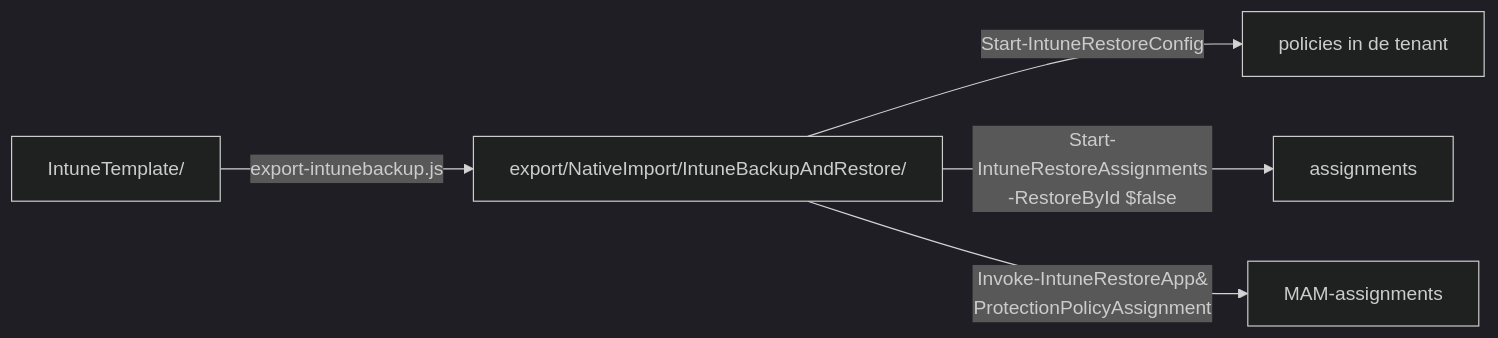
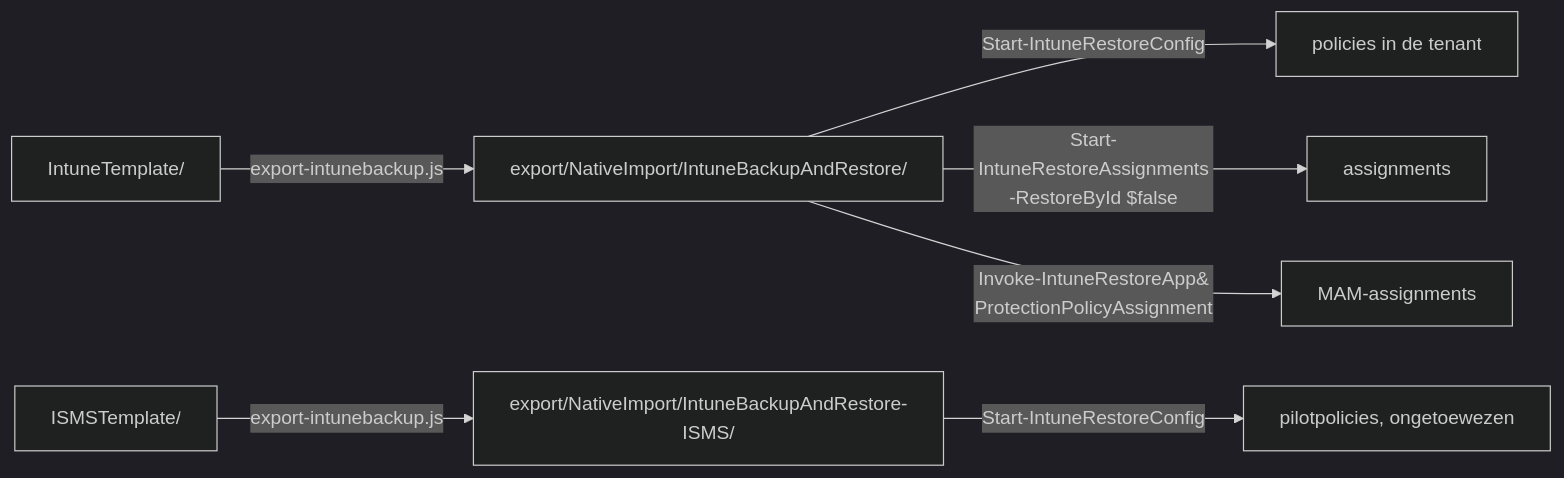
One commit to sjkanon/IntuneBackup changed the diagram in export/README.md. Above: the diagram before and after it, drawn with Mermaid (dark theme). The commit also changed other lines of this file and 28 other files, not shown here.

````diff
--- a/export/README.md
+++ b/export/README.md
@@ -27,7 +40,9 @@
 ```mermaid
 flowchart LR
   T["IntuneTemplate/"] -->|export-intunebackup.js| E["export/NativeImport/IntuneBackupAndRestore/"]
+  I["ISMSTemplate/"] -->|export-intunebackup.js| EI["export/NativeImport/IntuneBackupAndRestore-ISMS/"]
+  EI -->|Start-IntuneRestoreConfig| PI["pilotpolicies, ongetoewezen"]
   E -->|Start-IntuneRestoreConfig| P["policies in de tenant"]
   E -->|Start-IntuneRestoreAssignments<br/>-RestoreById $false| A["assignments"]
   E -->|Invoke-IntuneRestoreApp&#8203;ProtectionPolicyAssignment| M["MAM-assignments"]
 ```
````
